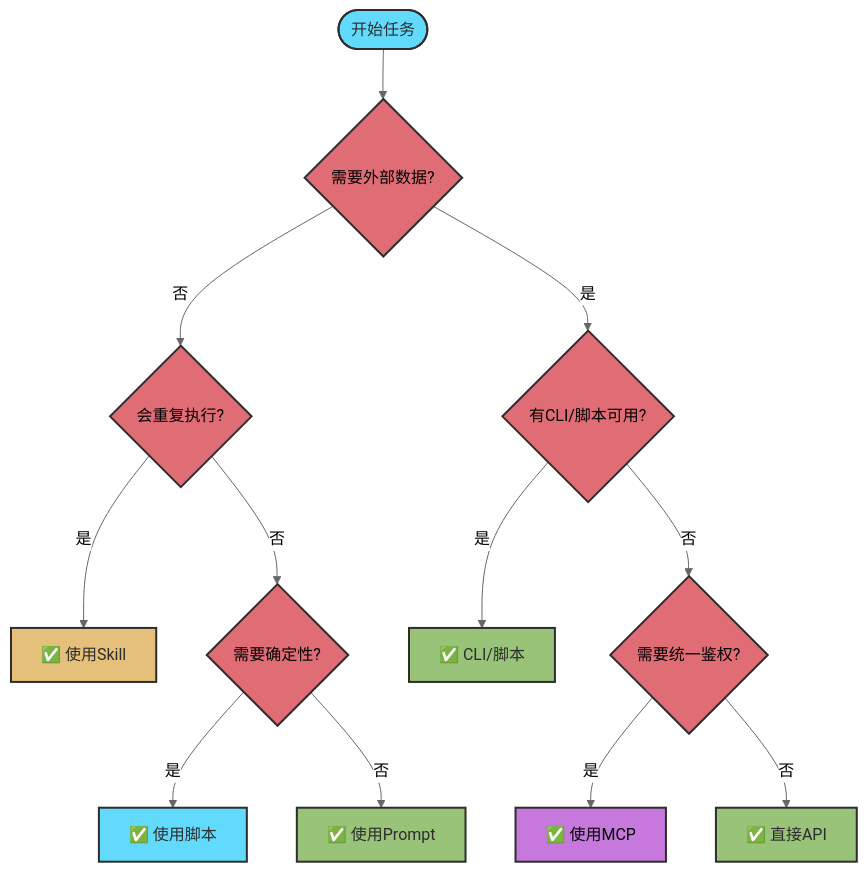
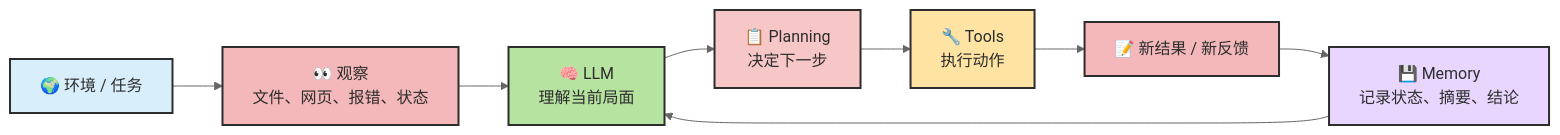
Before and after one commit to zht043/AgenticCodingTutorial: the eighth of 11 diagrams in docs/chapters/ch02-concepts.md, drawn with Mermaid (neutral theme). The commit also changed other lines of this file and 69 other files, not shown here.

Commit message:
optimize docs and add mermaid validation

````diff
--- a/docs/chapters/ch02-concepts.md
+++ b/docs/chapters/ch02-concepts.md
@@ -368,26 +305,17 @@
 ```mermaid
-flowchart TB
-    classDef start fill:#61dafb,stroke:#2d2d2d,stroke-width:2px,color:#2d2d2d
-    classDef decision fill:#e06c75,stroke:#2d2d2d,stroke-width:2px
-    classDef cli fill:#98c379,stroke:#2d2d2d,stroke-width:2px,color:#2d2d2d
-    classDef mcp fill:#c678dd,stroke:#2d2d2d,stroke-width:2px
-    classDef skill fill:#e5c07b,stroke:#2d2d2d,stroke-width:2px,color:#2d2d2d
-    classDef script fill:#61dafb,stroke:#2d2d2d,stroke-width:2px,color:#2d2d2d
+flowchart LR
+    classDef env fill:#d8eefb,stroke:#2d2d2d,stroke-width:2px,color:#2d2d2d
+    classDef llm fill:#b7e3a1,stroke:#2d2d2d,stroke-width:2px,color:#2d2d2d
+    classDef plan fill:#f7c6c7,stroke:#2d2d2d,stroke-width:2px,color:#2d2d2d
+    classDef tool fill:#ffe3a3,stroke:#2d2d2d,stroke-width:2px,color:#2d2d2d
+    classDef mem fill:#e8d6ff,stroke:#2d2d2d,stroke-width:2px,color:#2d2d2d
+    classDef obs fill:#f4b8ba,stroke:#2d2d2d,stroke-width:2px,color:#2d2d2d
 
-    Start(["开始任务"]):::start --> Q1{"需要外部数据?"}:::decision
-
-    Q1 -- 否 --> Q2{"会重复执行?"}:::decision
-    Q1 -- 是 --> Q1A{"有CLI/脚本可用?"}:::decision
-
-    Q1A -- 是 --> CLI["✅ CLI/脚本"]:::cli
-    Q1A -- 否 --> Q1B{"需要统一鉴权?"}:::decision
-
-    Q1B -- 是 --> MCP["✅ 使用MCP"]:::mcp
-    Q1B -- 否 --> API["✅ 直接API"]:::cli
-
-    Q2 -- 是 --> Skill["✅ 使用Skill"]:::skill
-    Q2 -- 否 --> Q3{"需要确定性?"}:::decision
-
-    Q3 -- 是 --> Script["✅ 使用脚本"]:::script
-    Q3 -- 否 --> Prompt["✅ 使用Prompt"]:::cli
+    E["🌍 环境 / 任务"]:::env --> O["👀 观察<br/>文件、网页、报错、状态"]:::obs
+    O --> L["🧠 LLM<br/>理解当前局面"]:::llm
+    L --> P["📋 Planning<br/>决定下一步"]:::plan
+    P --> T["🔧 Tools<br/>执行动作"]:::tool
+    T --> R["📝 新结果 / 新反馈"]:::obs
+    R --> M["💾 Memory<br/>记录状态、摘要、结论"]:::mem
+    M --> L
 ```
````
